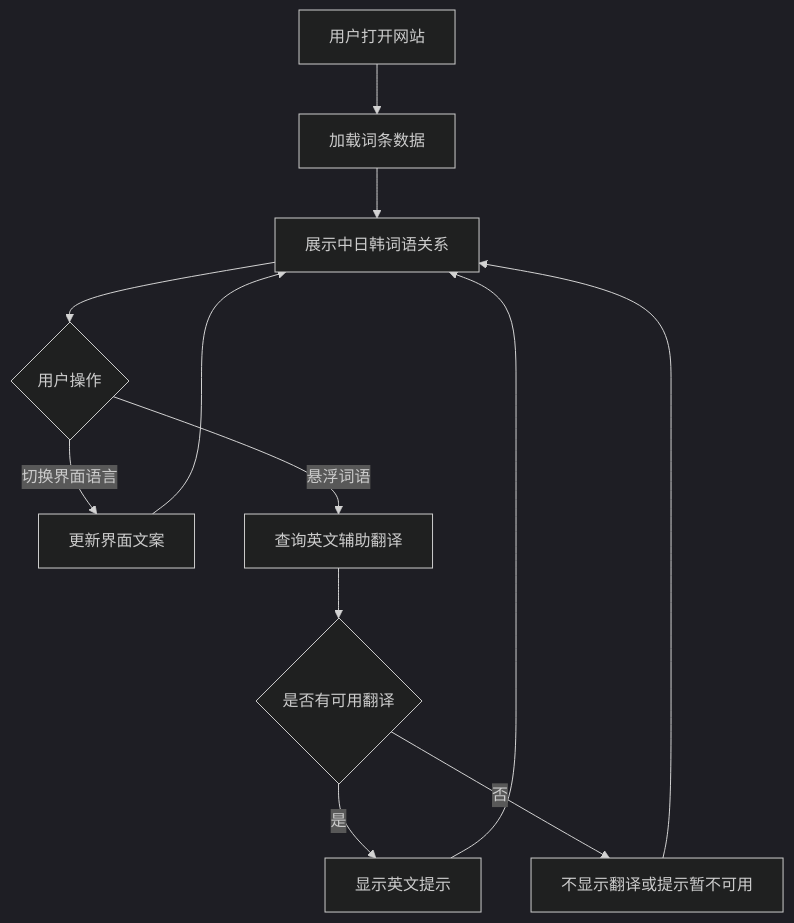
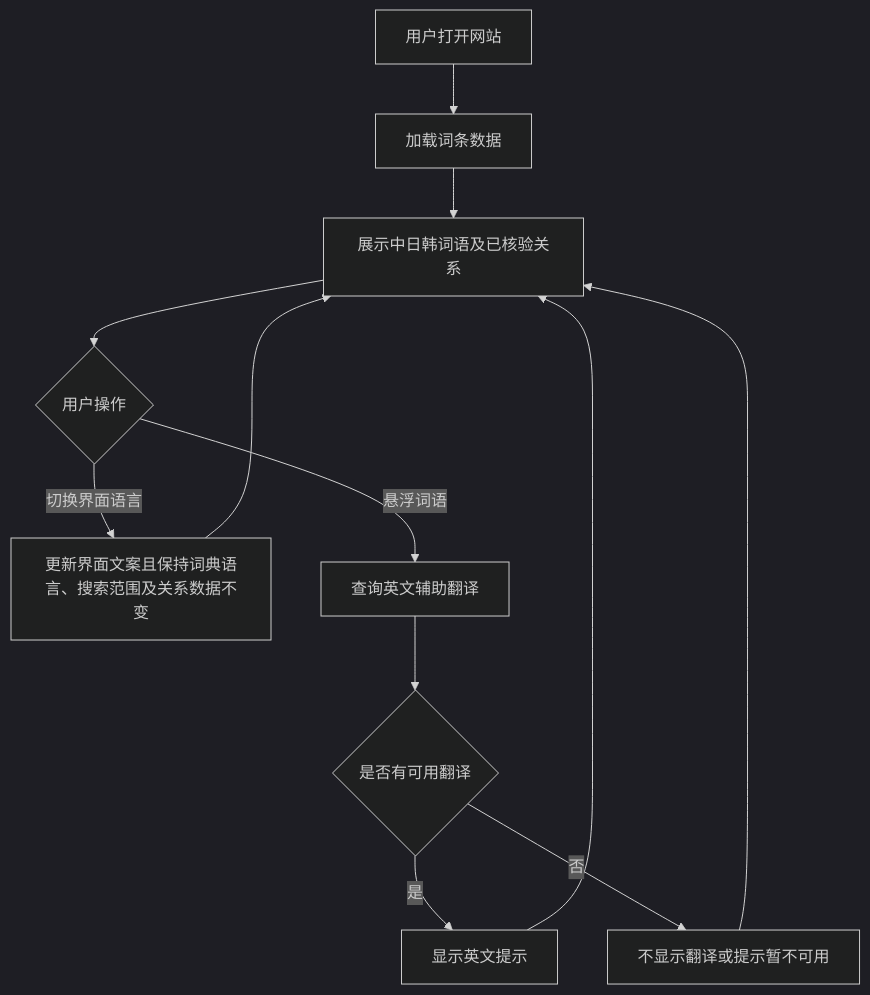
The second of 2 diagrams in word-paths/PRD.md (sevenxyt48/Ash-Repo-Assignment3), drawn with Mermaid (dark theme) before and after one commit. The commit also changed other lines of this file, not shown here.

````diff
--- a/word-paths/PRD.md
+++ b/word-paths/PRD.md
@@ -403,14 +427,14 @@
 ```mermaid
 flowchart TD
     A[用户打开网站] --> B[加载词条数据]
-    B --> C[展示中日韩词语关系]
+    B --> C[展示中日韩词语及已核验关系]
     C --> D{用户操作}
-    D -->|切换界面语言| E[更新界面文案]
+    D -->|切换界面语言| E[更新界面文案且保持词典语言、搜索范围及关系数据不变]
     E --> C
     D -->|悬浮词语| F[查询英文辅助翻译]
     F --> G{是否有可用翻译}
     G -->|是| H[显示英文提示]
     G -->|否| I[不显示翻译或提示暂不可用]
     H --> C
     I --> C
 ```
````
